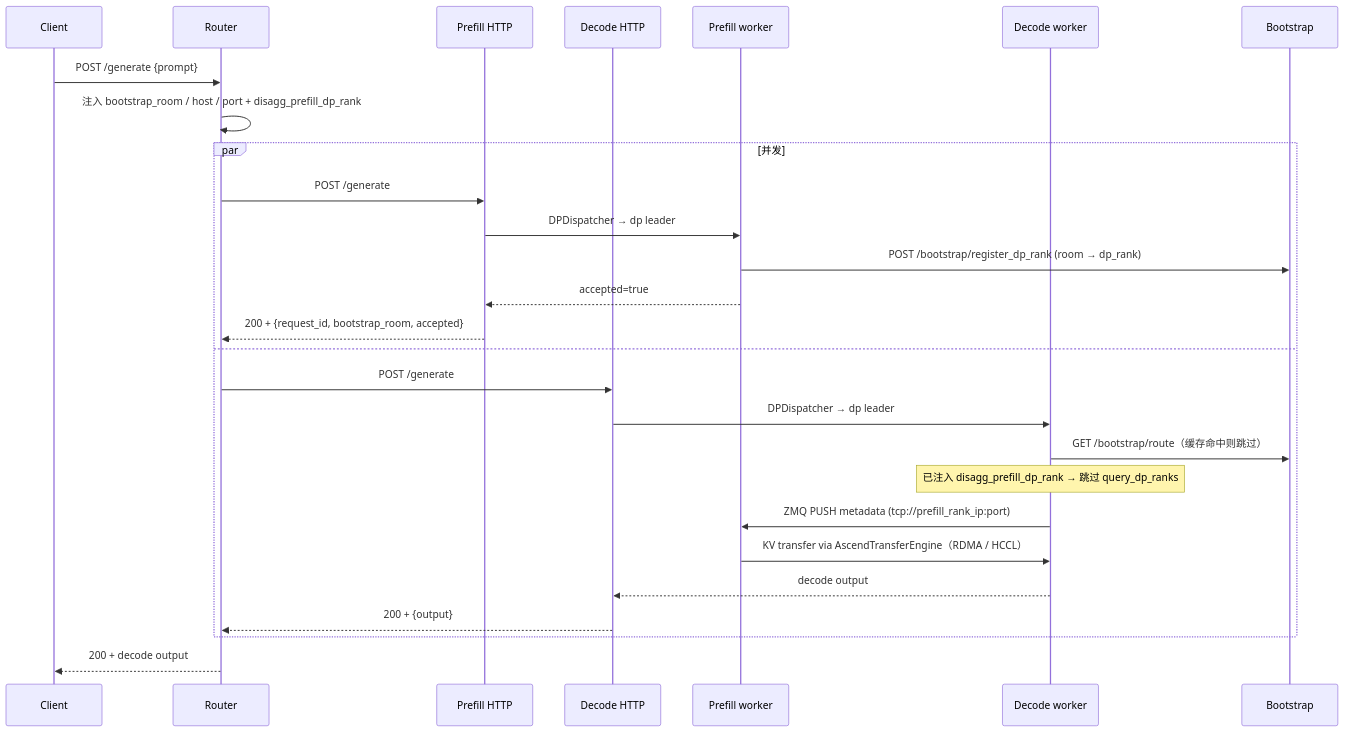
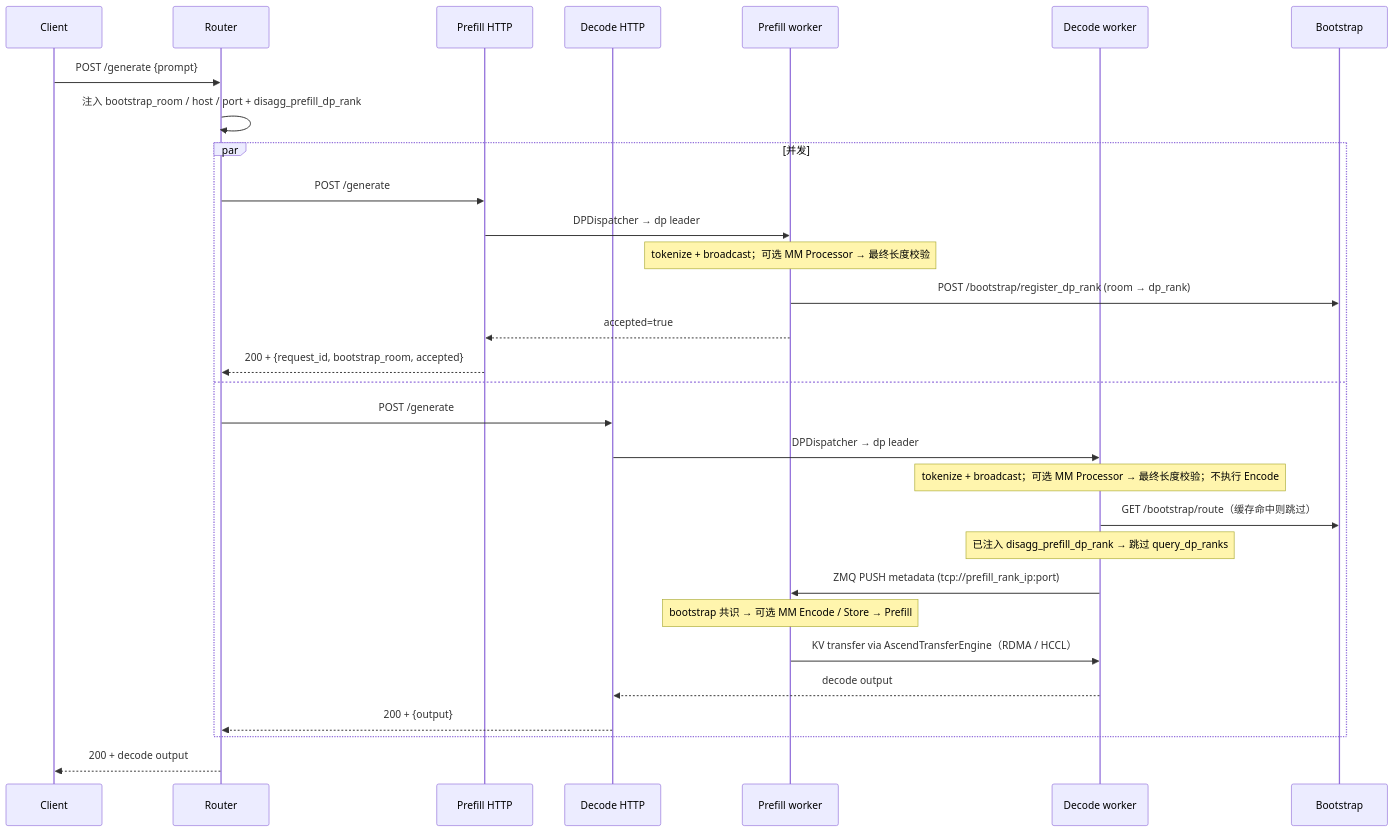
One commit to hicann/cann-recipes-infer changed the fourth of 6 diagrams in docs/design/online_inference_design.md. Above: the diagram before and after it, drawn with Mermaid. The commit also changed other lines of this file and 77 other files, not shown here.

````diff
--- a/docs/design/online_inference_design.md
+++ b/docs/design/online_inference_design.md
@@ -310,29 +310,32 @@
 ```mermaid
 sequenceDiagram
     participant C as Client
     participant R as Router
     participant P as Prefill HTTP
     participant D as Decode HTTP
     participant PW as Prefill worker
     participant DW as Decode worker
     participant BS as Bootstrap
     C->>R: POST /generate {prompt}
     R->>R: 注入 bootstrap_room / host / port + disagg_prefill_dp_rank
     par 并发
       R->>P: POST /generate
       P->>PW: DPDispatcher → dp leader
+      Note over PW: tokenize + broadcast；可选 MM Processor → 最终长度校验
       PW->>BS: POST /bootstrap/register_dp_rank (room → dp_rank)
       PW-->>P: accepted=true
       P-->>R: 200 + {request_id, bootstrap_room, accepted}
     and
       R->>D: POST /generate
       D->>DW: DPDispatcher → dp leader
+      Note over DW: tokenize + broadcast；可选 MM Processor → 最终长度校验；不执行 Encode
       DW->>BS: GET /bootstrap/route（缓存命中则跳过）
       Note over DW: 已注入 disagg_prefill_dp_rank → 跳过 query_dp_ranks
       DW->>PW: ZMQ PUSH metadata (tcp://prefill_rank_ip:port)
+      Note over PW: bootstrap 共识 → 可选 MM Encode / Store → Prefill
       PW->>DW: KV transfer via AscendTransferEngine（RDMA / HCCL）
       DW-->>D: decode output
       D-->>R: 200 + {output}
     end
     R-->>C: 200 + decode output
 ```
````
